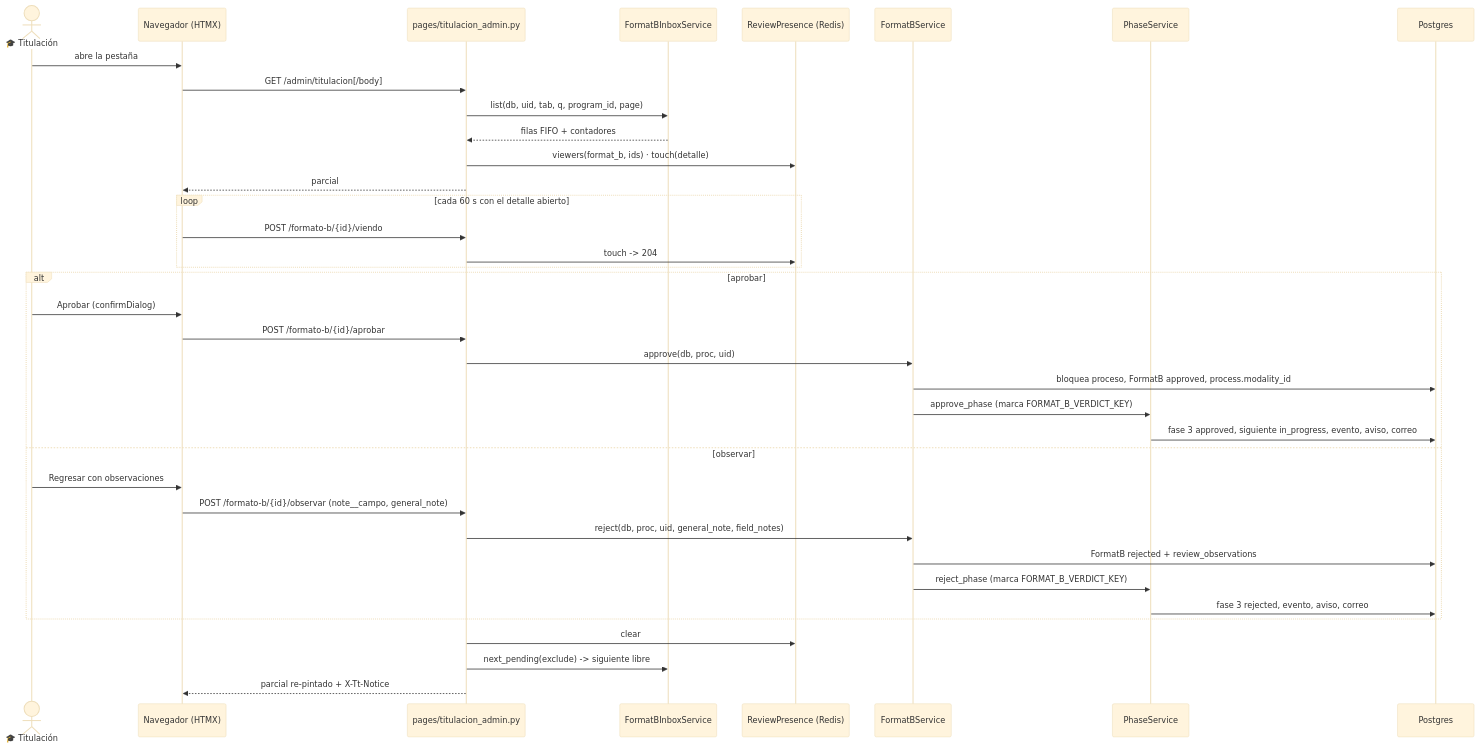
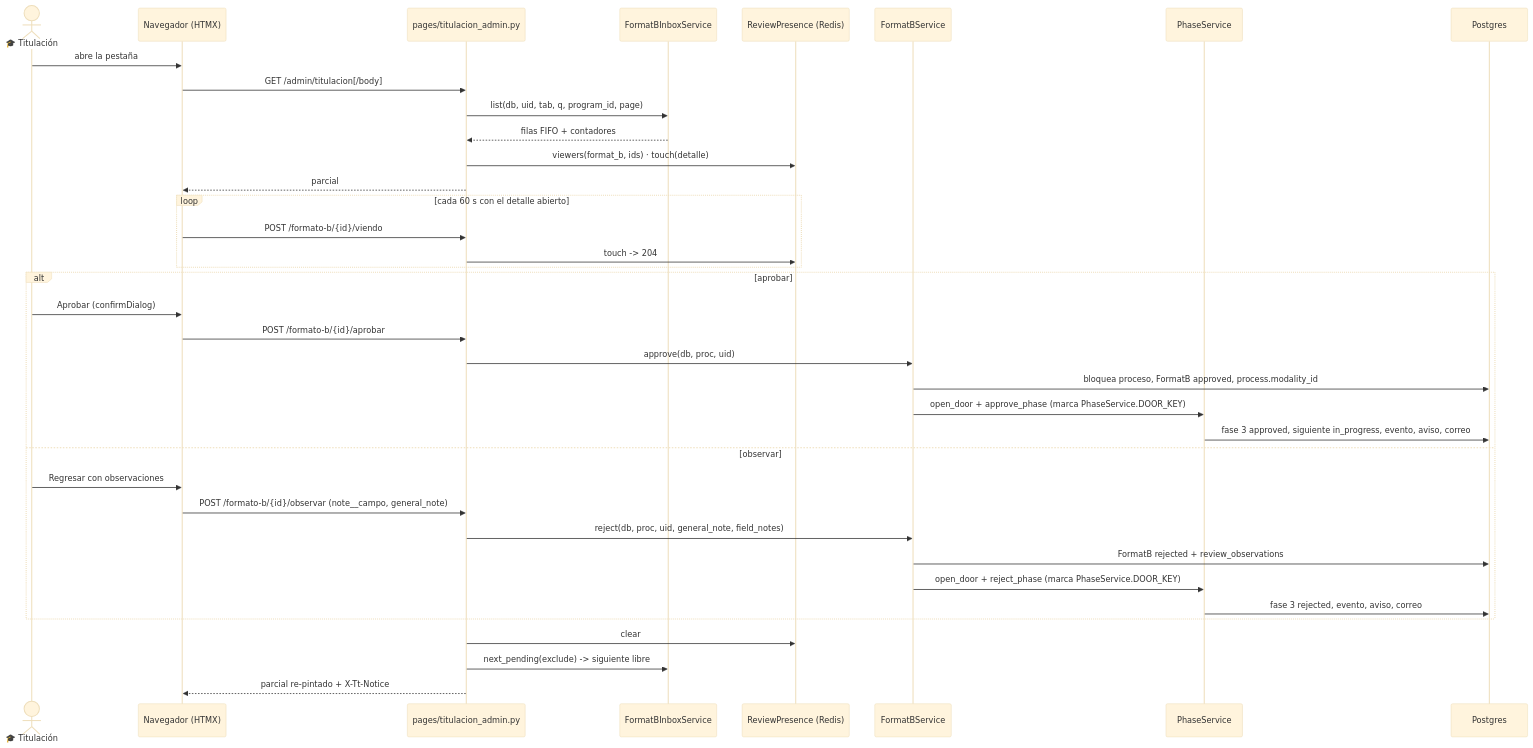
The diagram in itcj2/apps/titulatec/docs/flows/phase3_titulacion_review_formato_b.md (Erne1357/itcj), drawn with Mermaid (base theme) before and after one commit. The commit also changed other lines of this file and 9 other files, not shown here.

````diff
--- a/itcj2/apps/titulatec/docs/flows/phase3_titulacion_review_formato_b.md
+++ b/itcj2/apps/titulatec/docs/flows/phase3_titulacion_review_formato_b.md
@@ -38,39 +38,39 @@
 ```mermaid
 sequenceDiagram
     actor T as 🎓 Titulación
     participant FE as Navegador (HTMX)
     participant API as pages/titulacion_admin.py
     participant INB as FormatBInboxService
     participant PRE as ReviewPresence (Redis)
     participant SVC as FormatBService
     participant PS as PhaseService
     participant DB as Postgres
     T->>FE: abre la pestaña
     FE->>API: GET /admin/titulacion[/body]
     API->>INB: list(db, uid, tab, q, program_id, page)
     INB-->>API: filas FIFO + contadores
     API->>PRE: viewers(format_b, ids) · touch(detalle)
     API-->>FE: parcial #tt-tit-body
     loop cada 60 s con el detalle abierto
         FE->>API: POST /formato-b/{id}/viendo
         API->>PRE: touch -> 204
     end
     alt aprobar
         T->>FE: Aprobar (confirmDialog)
         FE->>API: POST /formato-b/{id}/aprobar
         API->>SVC: approve(db, proc, uid)
         SVC->>DB: bloquea proceso, FormatB approved, process.modality_id
-        SVC->>PS: approve_phase (marca FORMAT_B_VERDICT_KEY)
+        SVC->>PS: open_door + approve_phase (marca PhaseService.DOOR_KEY)
         PS->>DB: fase 3 approved, siguiente in_progress, evento, aviso, correo
     else observar
         T->>FE: Regresar con observaciones
         FE->>API: POST /formato-b/{id}/observar (note__campo, general_note)
         API->>SVC: reject(db, proc, uid, general_note, field_notes)
         SVC->>DB: FormatB rejected + review_observations
-        SVC->>PS: reject_phase (marca FORMAT_B_VERDICT_KEY)
+        SVC->>PS: open_door + reject_phase (marca PhaseService.DOOR_KEY)
         PS->>DB: fase 3 rejected, evento, aviso, correo
     end
     API->>PRE: clear
     API->>INB: next_pending(exclude) -> siguiente libre
     API-->>FE: parcial re-pintado + X-Tt-Notice
 ```
````
